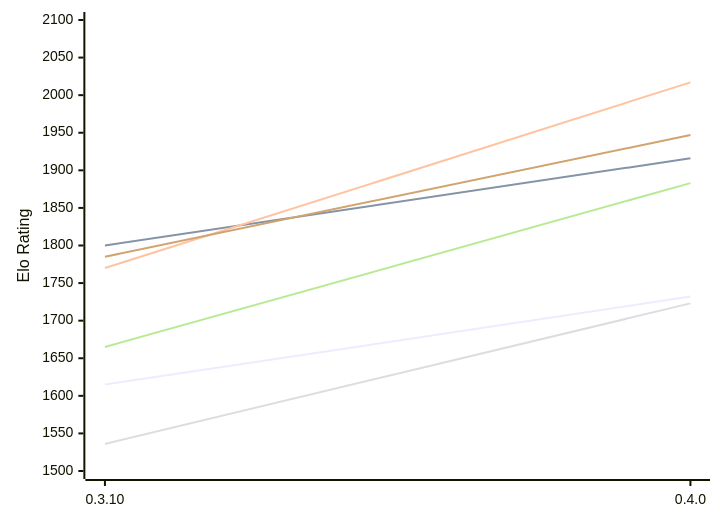
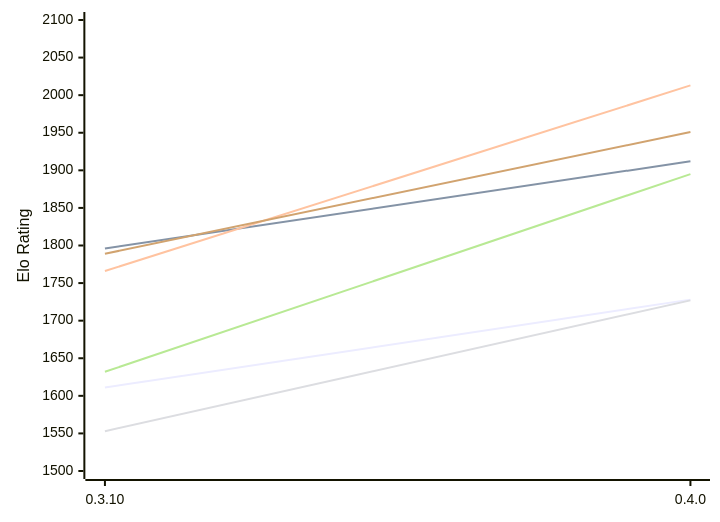
The first of 2 diagrams in engines/Arche.md (computer-chess-index/cci), drawn with Mermaid before and after one commit. The commit also changed other lines of this file, not shown here.

Commit message:
Update CCI Ratings (ELO VLTC) - 2026-11-21

````diff
--- a/engines/Arche.md
+++ b/engines/Arche.md
@@ -53,12 +53,12 @@
 ```mermaid
 %%{init: {"theme":"base","themeVariables":{"seriesColors:['#a3a3a3','#222221','#faa371']}}}%%
 xychart-beta
   x-axis ["0.3.10", "0.4.0"]
   y-axis "Elo Rating" 1500 --> 2100
-  line "E1: STC (8.0+0.08s)" [1615, 1732]
-  line "E1: LTC (60.0+0.60s)" [1800, 1916]
-  line "E1: VLTC (2m24s+1.12s)" [1770, 2017]
-  line "P1: STC (8.0+0.08s)" [1536, 1723]
-  line "P1: LTC (60.0+0.60s)" [1665, 1883]
-  line "P1: VLTC (2m24s+1.12s)" [1785, 1947]
+  line "E1: STC (8.0+0.08s)" [1611, 1728]
+  line "E1: LTC (60.0+0.60s)" [1796, 1912]
+  line "E1: VLTC (2m24s+1.12s)" [1766, 2013]
+  line "P1: STC (8.0+0.08s)" [1553, 1727]
+  line "P1: LTC (60.0+0.60s)" [1632, 1895]
+  line "P1: VLTC (2m24s+1.12s)" [1789, 1951]
 ```
````
